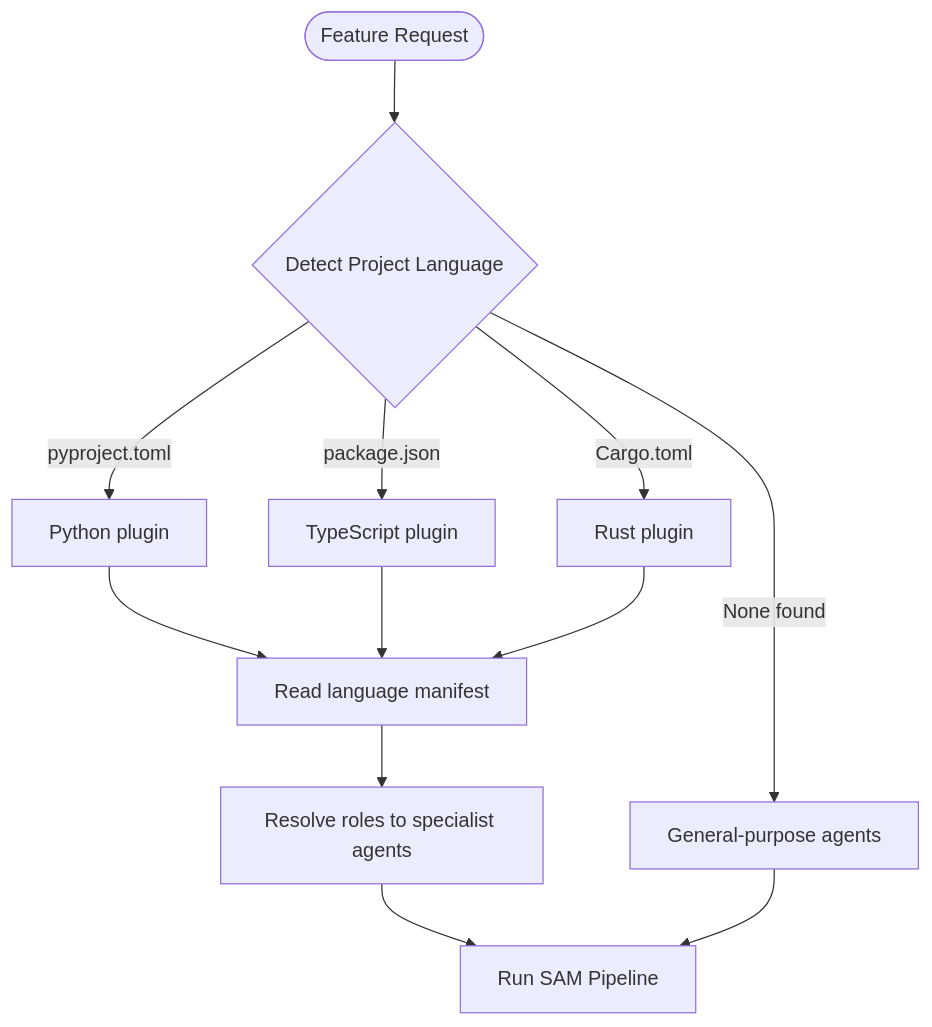
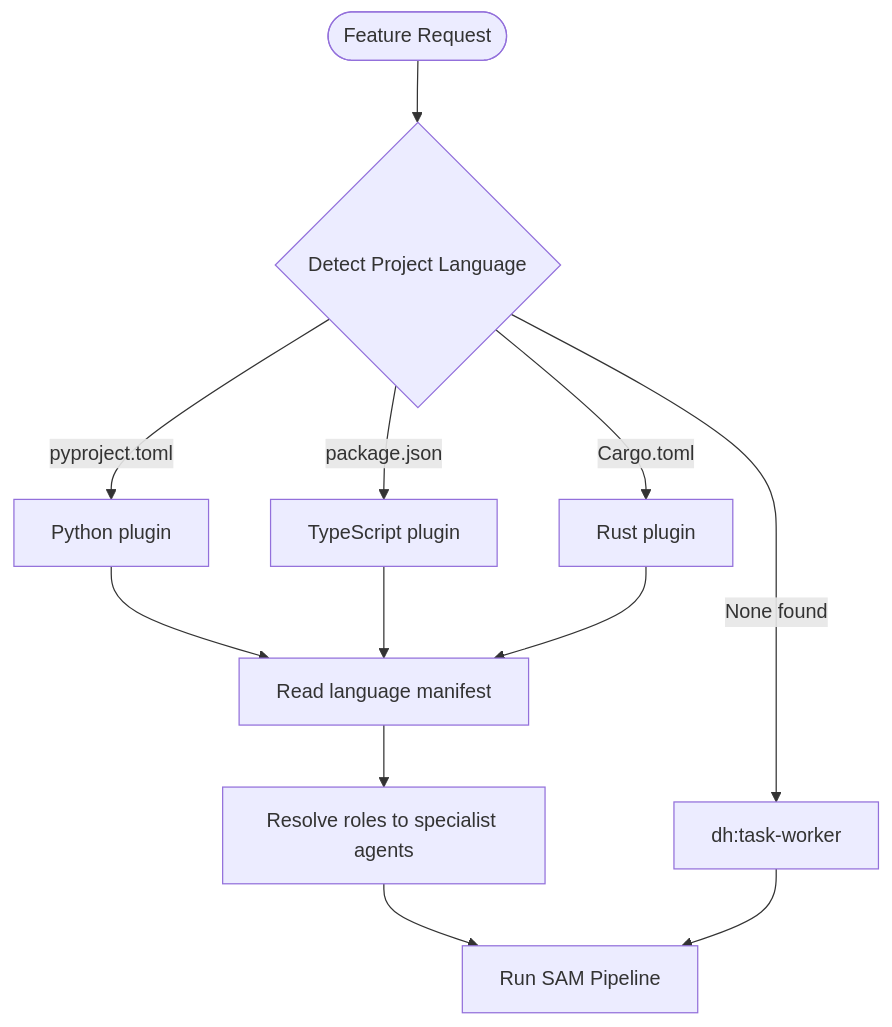
One commit to Jamie-BitFlight/claude_skills changed the second of 2 diagrams in plugins/development-harness/README.md. Above: the diagram before and after it, drawn with Mermaid. The commit also changed other lines of this file and 469 other files, not shown here.

````diff
--- a/plugins/development-harness/README.md
+++ b/plugins/development-harness/README.md
@@ -344,14 +344,14 @@
 ```mermaid
 flowchart TD
     Start([Feature Request]) --> Detect{Detect Project Language}
     Detect -->|pyproject.toml| Python[Python plugin]
     Detect -->|package.json| TypeScript[TypeScript plugin]
     Detect -->|Cargo.toml| Rust[Rust plugin]
-    Detect -->|None found| Fallback[General-purpose agents]
+    Detect -->|None found| Fallback[dh:task-worker]
     Python --> Manifest[Read language manifest]
     TypeScript --> Manifest
     Rust --> Manifest
     Manifest --> Resolve[Resolve roles to specialist agents]
     Resolve --> Pipeline[Run SAM Pipeline]
     Fallback --> Pipeline
 ```
````
